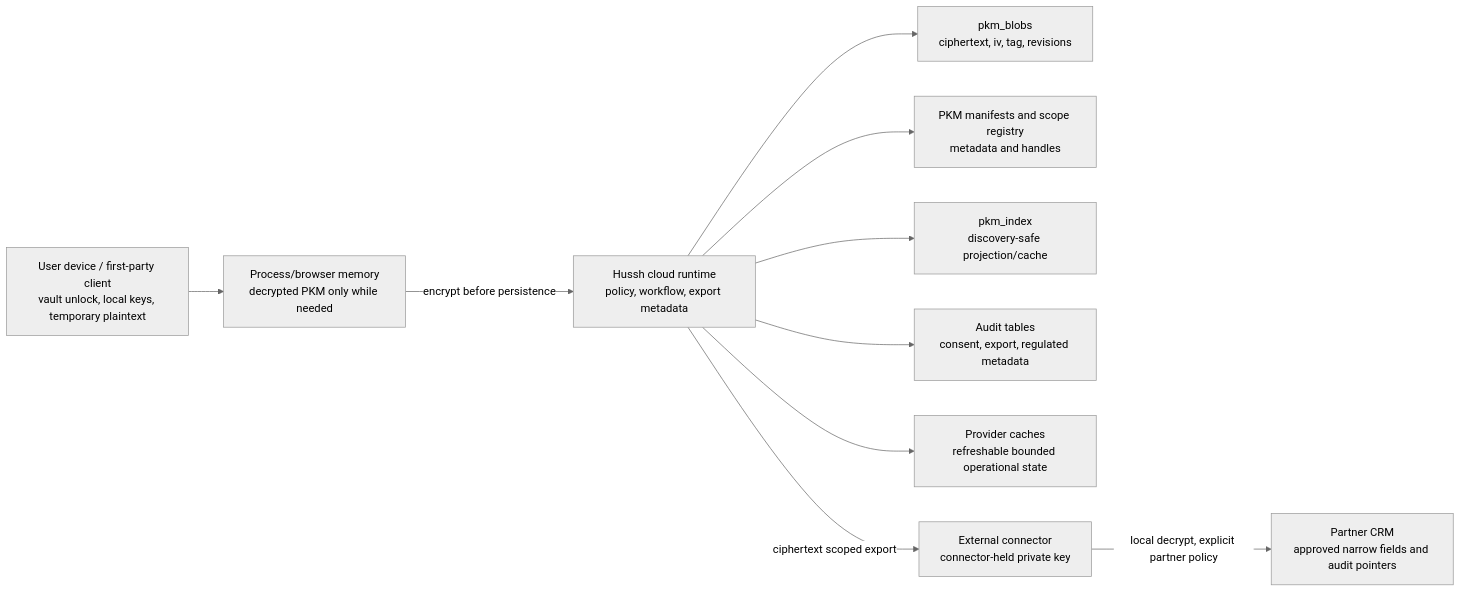
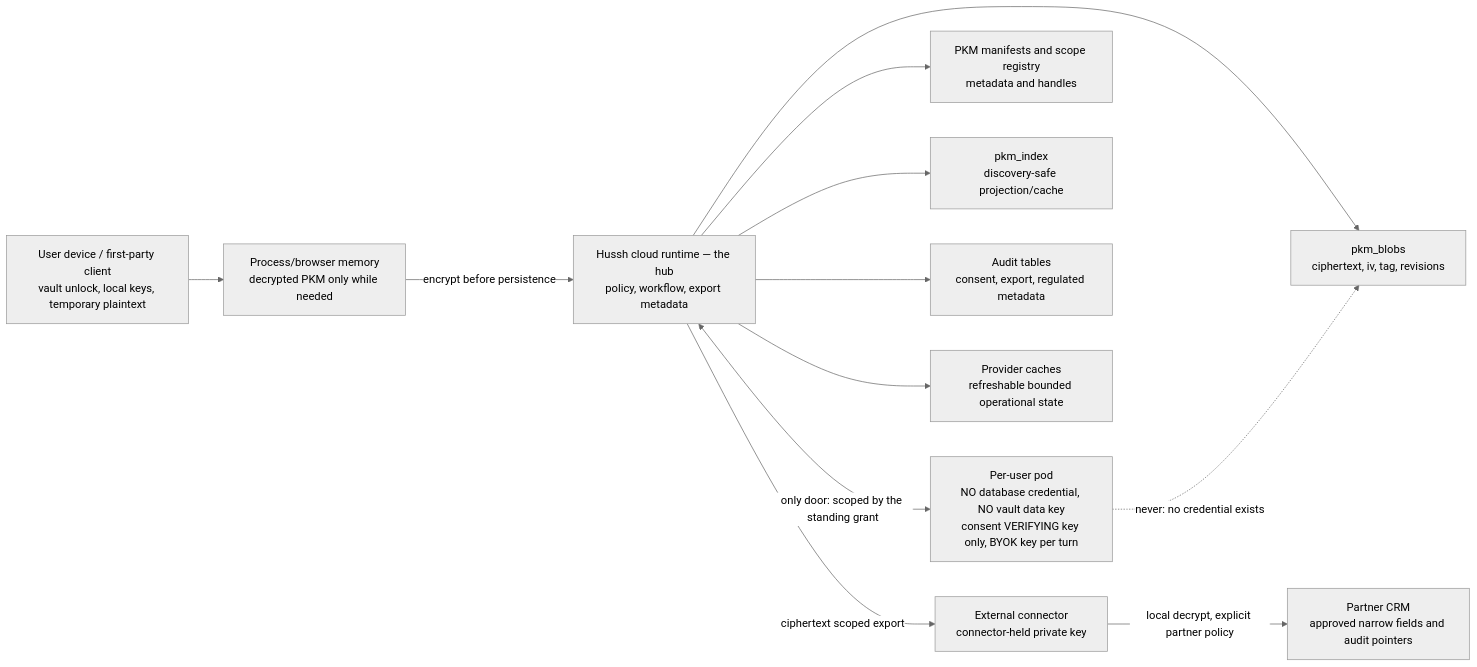
One commit to hushh-labs/hushh-research changed diagram 12 of 12 in docs/reference/architecture/architecture-view-catalog.md. Above: the diagram before and after it, drawn with Mermaid (neutral theme). The commit also changed other lines of this file and 2 other files, not shown here.

````diff
--- a/docs/reference/architecture/architecture-view-catalog.md
+++ b/docs/reference/architecture/architecture-view-catalog.md
@@ -547,23 +657,27 @@
 ```mermaid
 flowchart LR
   userDevice["User device / first-party client<br/>vault unlock, local keys, temporary plaintext"]
   memory["Process/browser memory<br/>decrypted PKM only while needed"]
-  husshCloud["Hussh cloud runtime<br/>policy, workflow, export metadata"]
+  husshCloud["Hussh cloud runtime — the hub<br/>policy, workflow, export metadata"]
+  pod["Per-user pod<br/>NO database credential, NO vault data key<br/>consent VERIFYING key only, BYOK key per turn"]
   pkmBlobs["pkm_blobs<br/>ciphertext, iv, tag, revisions"]
   pkmManifests["PKM manifests and scope registry<br/>metadata and handles"]
   pkmIndex["pkm_index<br/>discovery-safe projection/cache"]
   audit["Audit tables<br/>consent, export, regulated metadata"]
   providerCache["Provider caches<br/>refreshable bounded operational state"]
   connector["External connector<br/>connector-held private key"]
   crm["Partner CRM<br/>approved narrow fields and audit pointers"]
 
   userDevice --> memory
   memory -->|encrypt before persistence| husshCloud
   husshCloud --> pkmBlobs
   husshCloud --> pkmManifests
   husshCloud --> pkmIndex
   husshCloud --> audit
   husshCloud --> providerCache
   husshCloud -->|ciphertext scoped export| connector
   connector -->|local decrypt, explicit partner policy| crm
+
+  husshCloud <-->|"only door: scoped by the standing grant"| pod
+  pod -.->|"never: no credential exists"| pkmBlobs
 ```
````
